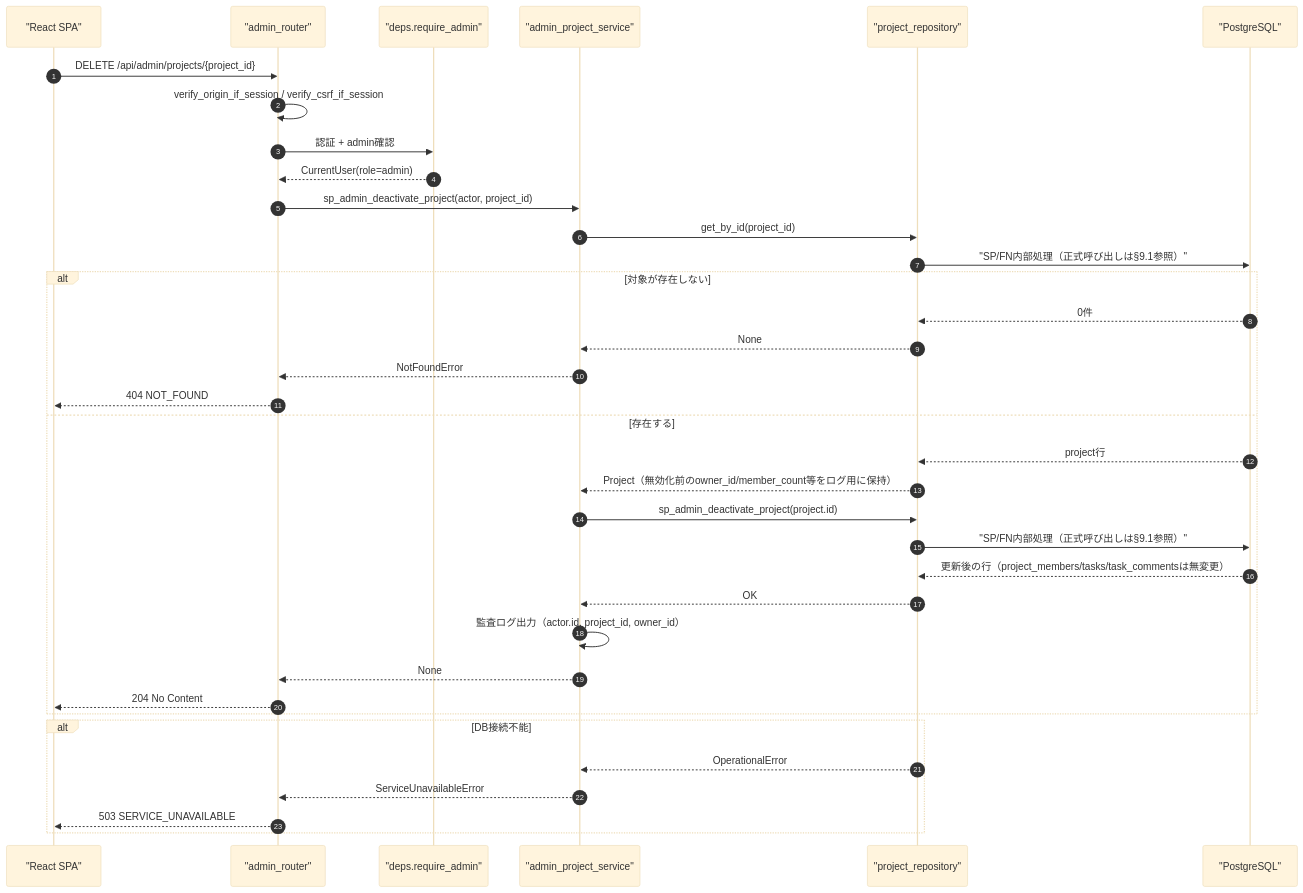
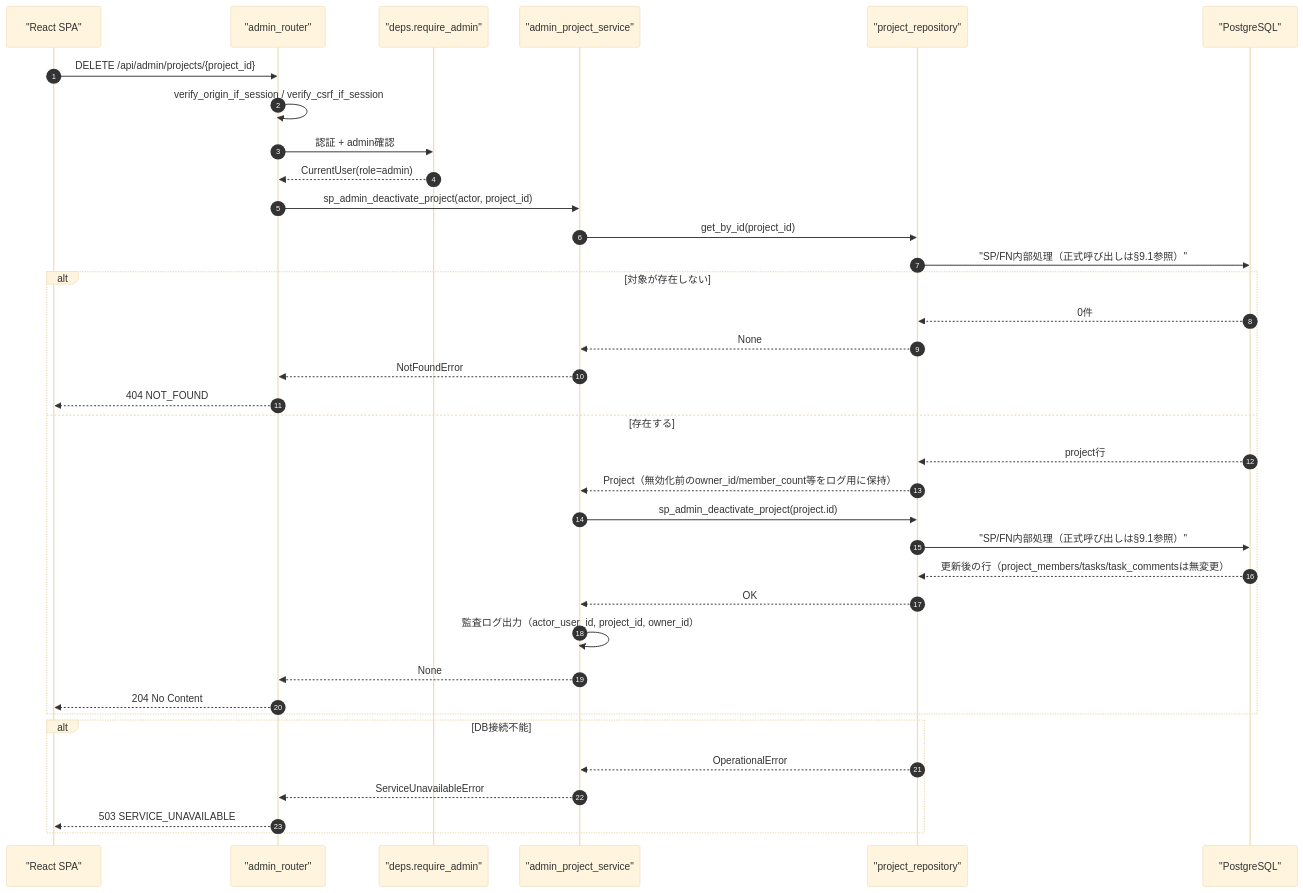
Before and after one commit to oikawa-d/task_management: the first of 4 diagrams in docs/detailed_design/api/admin/06_delete_admin_project.md, drawn with Mermaid (base theme). The commit also changed other lines of this file and 12 other files, not shown here.

````diff
--- a/docs/detailed_design/api/admin/06_delete_admin_project.md
+++ b/docs/detailed_design/api/admin/06_delete_admin_project.md
@@ -77,39 +77,39 @@
 ```mermaid
 sequenceDiagram
     autonumber
     participant FE as "React SPA"
     participant R as "admin_router"
     participant D as "deps.require_admin"
     participant S as "admin_project_service"
     participant RP as "project_repository"
     participant PG as "PostgreSQL"
 
     FE->>R: DELETE /api/admin/projects/{project_id}
     R->>R: verify_origin_if_session / verify_csrf_if_session
     R->>D: 認証 + admin確認
     D-->>R: CurrentUser(role=admin)
     R->>S: sp_admin_deactivate_project(actor, project_id)
     S->>RP: get_by_id(project_id)
     RP->>PG: "SP/FN内部処理（正式呼び出しは§9.1参照）"
     alt 対象が存在しない
         PG-->>RP: 0件
         RP-->>S: None
         S-->>R: NotFoundError
         R-->>FE: 404 NOT_FOUND
     else 存在する
         PG-->>RP: project行
         RP-->>S: Project（無効化前のowner_id/member_count等をログ用に保持）
         S->>RP: sp_admin_deactivate_project(project.id)
         RP->>PG: "SP/FN内部処理（正式呼び出しは§9.1参照）"
         PG-->>RP: 更新後の行（project_members/tasks/task_commentsは無変更）
         RP-->>S: OK
-        S->>S: 監査ログ出力（actor.id, project_id, owner_id）
+        S->>S: 監査ログ出力（actor_user_id, project_id, owner_id）
         S-->>R: None
         R-->>FE: 204 No Content
     end
     alt DB接続不能
         RP-->>S: OperationalError
         S-->>R: ServiceUnavailableError
         R-->>FE: 503 SERVICE_UNAVAILABLE
     end
 ```
````
